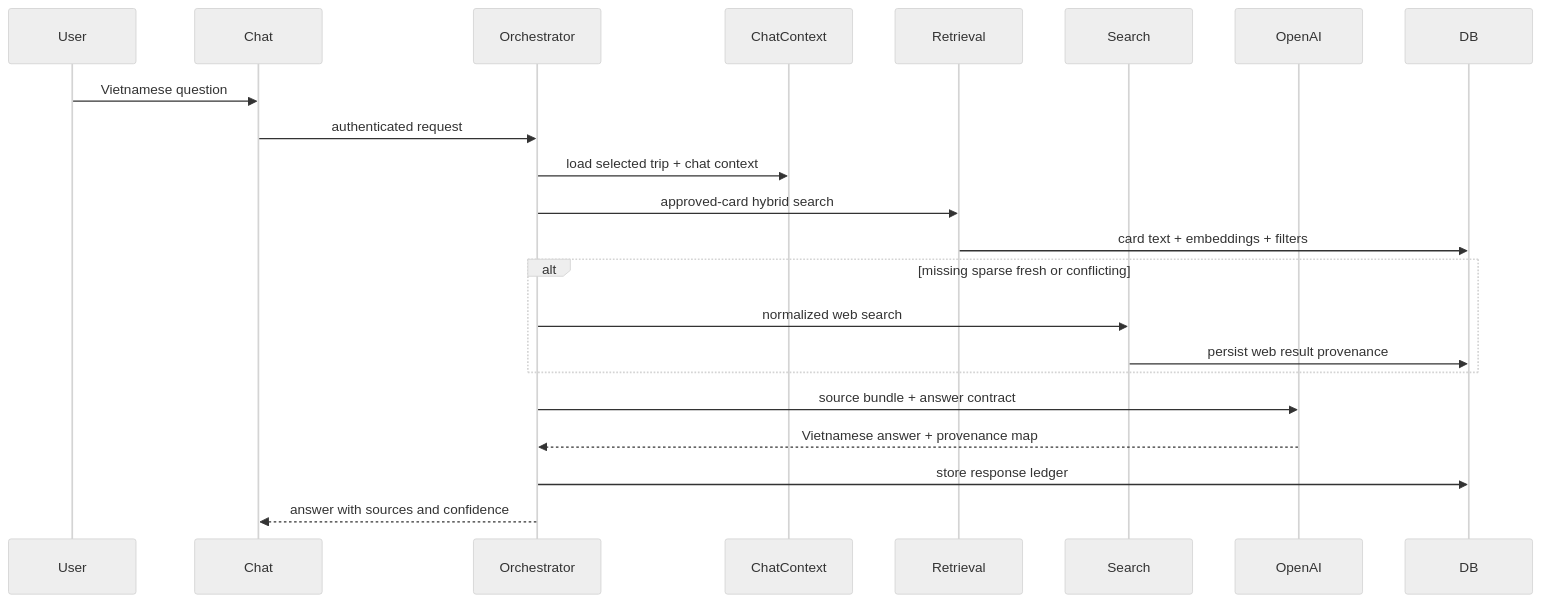
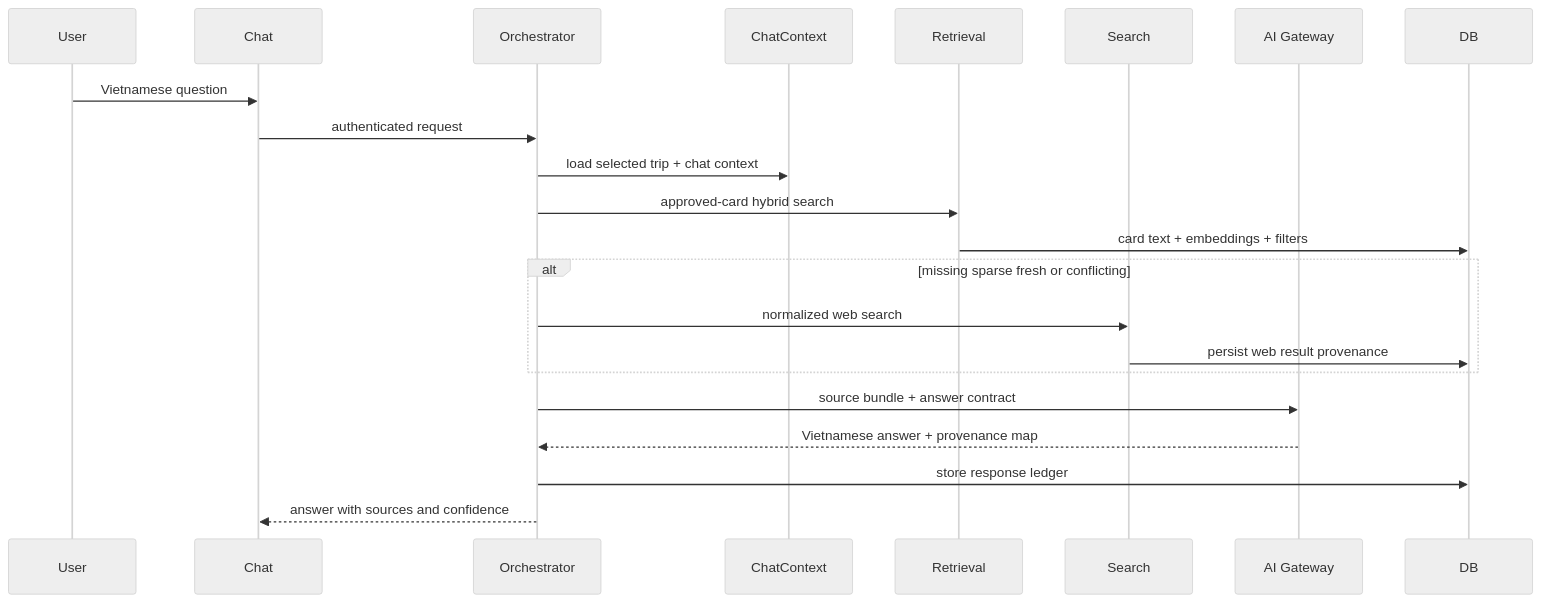
The third of 3 diagrams in _bmad-output/planning-artifacts/architecture/architecture-xuyenviet-2026-07-04/ARCHITECTURE-SPINE.md (tonytippi/xuyenviet), drawn with Mermaid (neutral theme) before and after one commit. The commit also changed other lines of this file and 7 other files, not shown here.

````diff
--- a/_bmad-output/planning-artifacts/architecture/architecture-xuyenviet-2026-07-04/ARCHITECTURE-SPINE.md
+++ b/_bmad-output/planning-artifacts/architecture/architecture-xuyenviet-2026-07-04/ARCHITECTURE-SPINE.md
@@ -153,24 +153,24 @@
 ```mermaid
 sequenceDiagram
   participant User
   participant Chat
   participant Orchestrator
   participant ChatContext
   participant Retrieval
   participant Search
-  participant OpenAI
+  participant AIGateway as AI Gateway
   participant DB
   User->>Chat: Vietnamese question
   Chat->>Orchestrator: authenticated request
   Orchestrator->>ChatContext: load selected trip + chat context
   Orchestrator->>Retrieval: approved-card hybrid search
   Retrieval->>DB: card text + embeddings + filters
   alt missing sparse fresh or conflicting
     Orchestrator->>Search: normalized web search
     Search->>DB: persist web result provenance
   end
-  Orchestrator->>OpenAI: source bundle + answer contract
-  OpenAI-->>Orchestrator: Vietnamese answer + provenance map
+  Orchestrator->>AIGateway: source bundle + answer contract
+  AIGateway-->>Orchestrator: Vietnamese answer + provenance map
   Orchestrator->>DB: store response ledger
   Orchestrator-->>Chat: answer with sources and confidence
 ```
````
